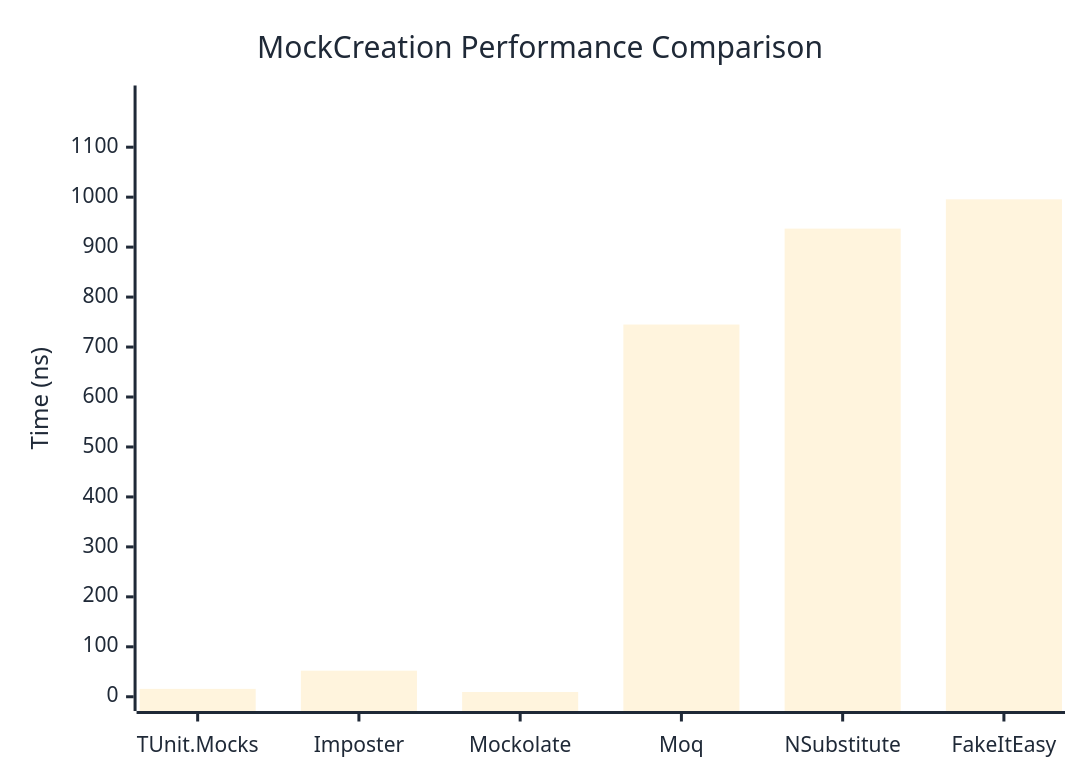
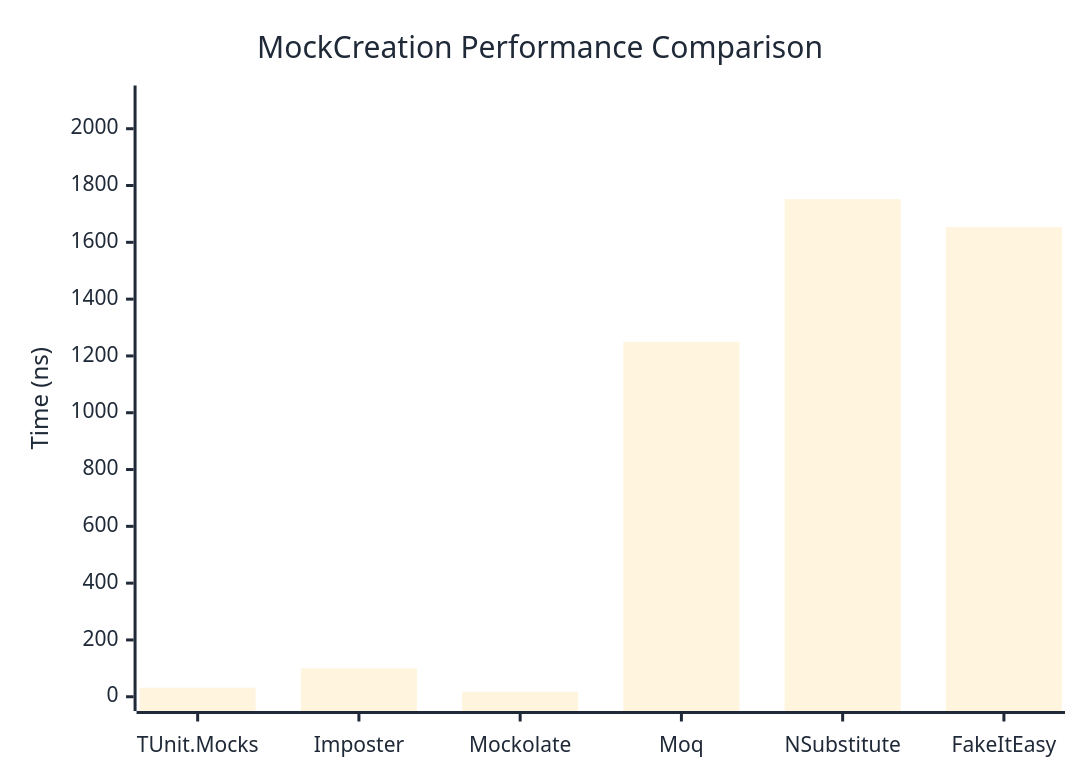
Before and after one commit to thomhurst/TUnit: the first of 2 diagrams in docs/docs/benchmarks/mocks/MockCreation.md, drawn with Mermaid. The commit also changed other lines of this file and 14 other files, not shown here.

````diff
--- a/docs/docs/benchmarks/mocks/MockCreation.md
+++ b/docs/docs/benchmarks/mocks/MockCreation.md
@@ -30,27 +30,27 @@
 ```mermaid
 %%{init: {
   'theme':'base',
   'themeVariables': {
     'primaryColor': '#2563eb',
     'primaryTextColor': '#1f2937',
     'primaryBorderColor': '#1e40af',
     'lineColor': '#6b7280',
     'secondaryColor': '#7c3aed',
     'tertiaryColor': '#dc2626',
     'background': '#ffffff',
     'pie1': '#2563eb',
     'pie2': '#7c3aed',
     'pie3': '#dc2626',
     'pie4': '#f59e0b',
     'pie5': '#10b981',
     'pie6': '#06b6d4',
     'pie7': '#ec4899',
     'pie8': '#6366f1'
   }
 }}%%
 xychart-beta
   title "MockCreation Performance Comparison"
   x-axis ["TUnit.Mocks", "Imposter", "Mockolate", "Moq", "NSubstitute", "FakeItEasy"]
-  y-axis "Time (ns)" 0 --> 1195
-  bar [15.77, 52.184, 9.503, 745.059, 937.076, 995.678]
+  y-axis "Time (ns)" 0 --> 2102
+  bar [31.69, 99.83, 17.61, 1249.58, 1751.57, 1653.45]
 ```
````
